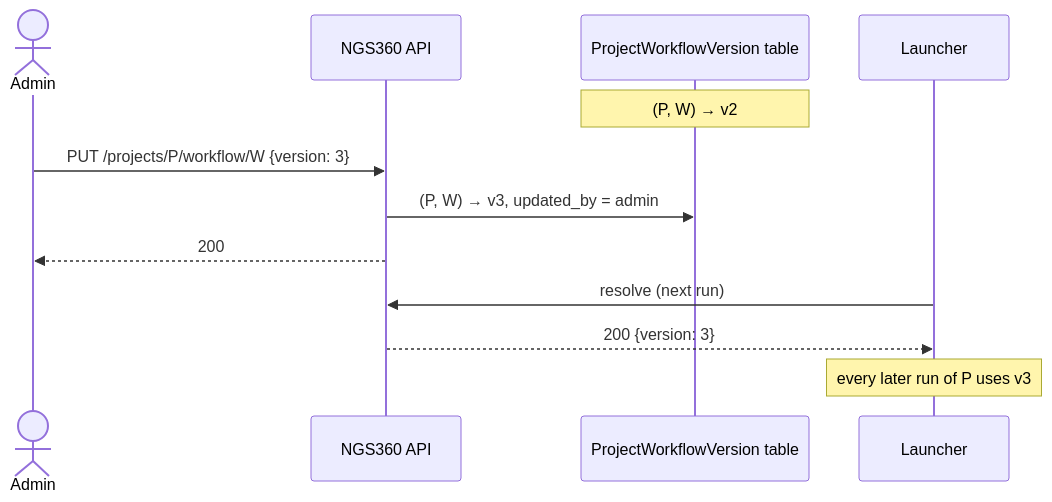
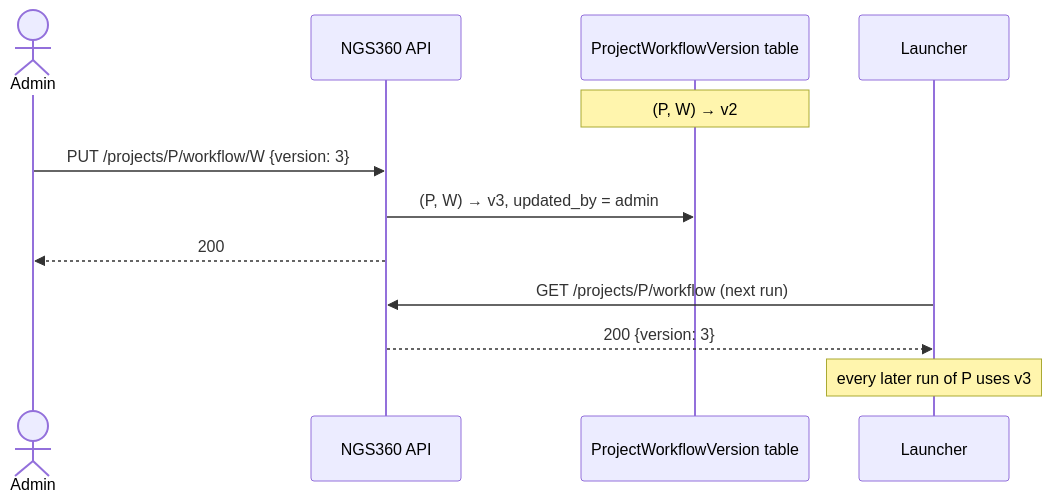
Before and after one commit to NGS360/APIServer: the eighth of 9 diagrams in docs/WORKFLOWS_AND_PIPELINES.md, drawn with Mermaid. The commit also changed other lines of this file and 4 other files, not shown here.

````diff
--- a/docs/WORKFLOWS_AND_PIPELINES.md
+++ b/docs/WORKFLOWS_AND_PIPELINES.md
@@ -215,15 +220,15 @@
 ```mermaid
 sequenceDiagram
     actor Admin
     participant API as NGS360 API
     participant DB as ProjectWorkflowVersion table
     participant L as Launcher
 
     Note over DB: (P, W) → v2
     Admin->>API: PUT /projects/P/workflow/W {version: 3}
     API->>DB: (P, W) → v3, updated_by = admin
     API-->>Admin: 200
-    L->>API: resolve (next run)
+    L->>API: GET /projects/P/workflow (next run)
     API-->>L: 200 {version: 3}
     Note over L: every later run of P uses v3
 ```
````
